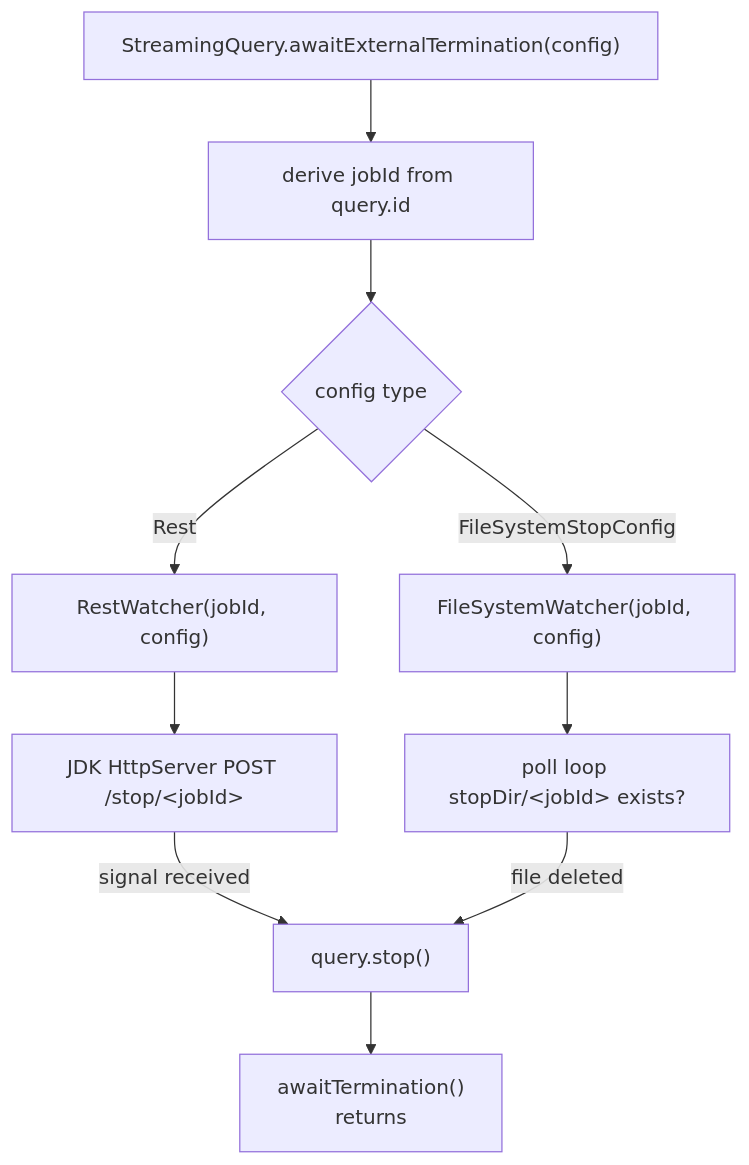
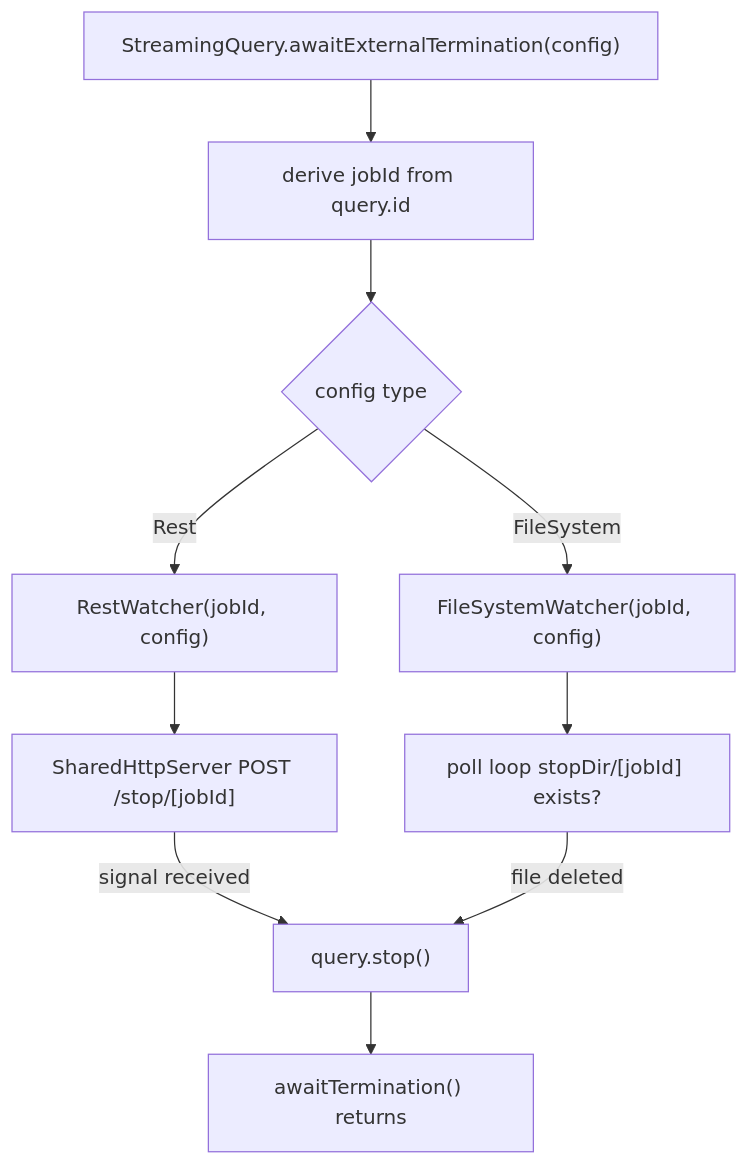
One commit to a-biratsis/stopstreaming changed the first of 4 diagrams in README.md. Above: the diagram before and after it, drawn with Mermaid. The commit also changed other lines of this file and 10 other files, not shown here.

Commit message:
Refactor stop signal handling in FileSystem and REST watchers; improve documentation and tests

````diff
--- a/README.md
+++ b/README.md
@@ -24,16 +24,16 @@
 ```mermaid
 flowchart TD
     A["StreamingQuery.awaitExternalTermination(config)"]
     A --> B["derive jobId from query.id"]
     B --> C{config type}
 
     C -->|Rest| D["RestWatcher(jobId, config)"]
-    C -->|FileSystemStopConfig| E["FileSystemWatcher(jobId, config)"]
+    C -->|FileSystem| E["FileSystemWatcher(jobId, config)"]
 
-    D --> F["JDK HttpServer POST /stop/&lt;jobId&gt;"]
-    E --> G["poll loop stopDir/&lt;jobId&gt; exists?"]
+    D --> F["SharedHttpServer POST /stop/[jobId]"]
+    E --> G["poll loop stopDir/[jobId] exists?"]
 
     F -->|signal received| H["query.stop()"]
     G -->|file deleted| H
-    H --> I["awaitTermination()\nreturns"]
+    H --> I["awaitTermination() returns"]
 ```
````
